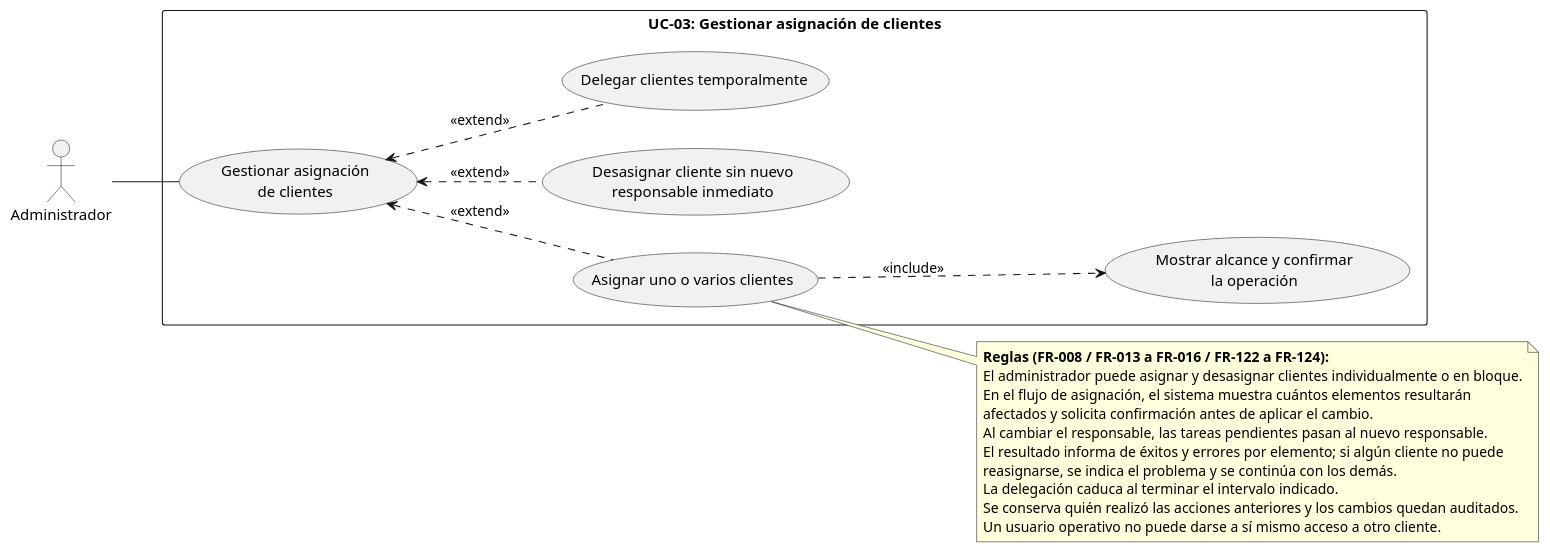
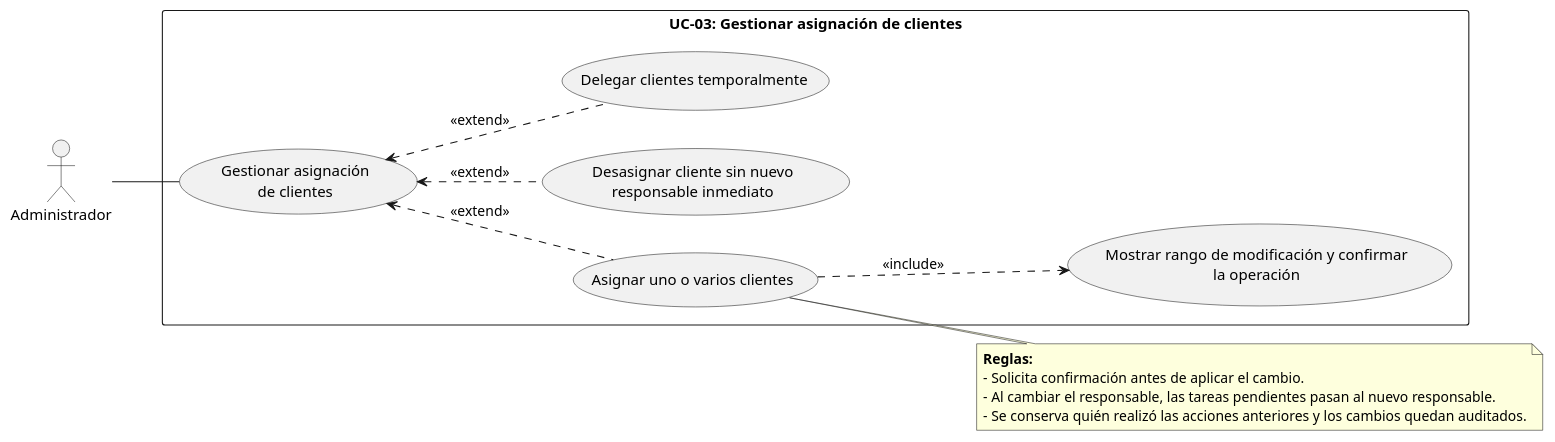
The diagram in doc/src/casos-uso/uc-03-gestionar-asignacion-de-clientes.pu (pablorv3/Hienitas-ADAP), drawn with PlantUML before and after one commit. The commit also changed 28 other files, not shown here.

Commit message:
uml diagram fixes

```diff
--- a/doc/src/casos-uso/uc-03-gestionar-asignacion-de-clientes.pu
+++ b/doc/src/casos-uso/uc-03-gestionar-asignacion-de-clientes.pu
@@ -1,37 +1,31 @@
 @startuml uc-03
     left to right direction
     skinparam packageStyle rectangle
 
     actor "Administrador" as Admin
 
     rectangle "UC-03: Gestionar asignación de clientes" {
         usecase "Gestionar asignación\nde clientes" as UC_Gestionar
         usecase "Asignar uno o varios clientes" as UC_Asignar
-        usecase "Mostrar alcance y confirmar\nla operación" as UC_Confirmar
+        usecase "Mostrar rango de modificación y confirmar\nla operación" as UC_Confirmar
         usecase "Desasignar cliente sin nuevo\nresponsable inmediato" as UC_Desasignar
         usecase "Delegar clientes temporalmente" as UC_Delegar
 
         ' La asignación, la desasignación y la delegación son operaciones de la gestión.
         UC_Gestionar <.. UC_Asignar : <<extend>>
         UC_Gestionar <.. UC_Desasignar : <<extend>>
         UC_Gestionar <.. UC_Delegar : <<extend>>
 
         ' En el flujo de asignación se muestra el alcance y se solicita confirmación.
         UC_Asignar ..> UC_Confirmar : <<include>>
     }
 
     note right of UC_Asignar
-      <b>Reglas (FR-008 / FR-013 a FR-016 / FR-122 a FR-124):</b>
-      El administrador puede asignar y desasignar clientes individualmente o en bloque.
-      En el flujo de asignación, el sistema muestra cuántos elementos resultarán
-      afectados y solicita confirmación antes de aplicar el cambio.
-      Al cambiar el responsable, las tareas pendientes pasan al nuevo responsable.
-      El resultado informa de éxitos y errores por elemento; si algún cliente no puede
-      reasignarse, se indica el problema y se continúa con los demás.
-      La delegación caduca al terminar el intervalo indicado.
-      Se conserva quién realizó las acciones anteriores y los cambios quedan auditados.
-      Un usuario operativo no puede darse a sí mismo acceso a otro cliente.
+      <b>Reglas:</b>
+      - Solicita confirmación antes de aplicar el cambio.
+      - Al cambiar el responsable, las tareas pendientes pasan al nuevo responsable.
+      - Se conserva quién realizó las acciones anteriores y los cambios quedan auditados.
     end note
 
     Admin -- UC_Gestionar
 @enduml
```
